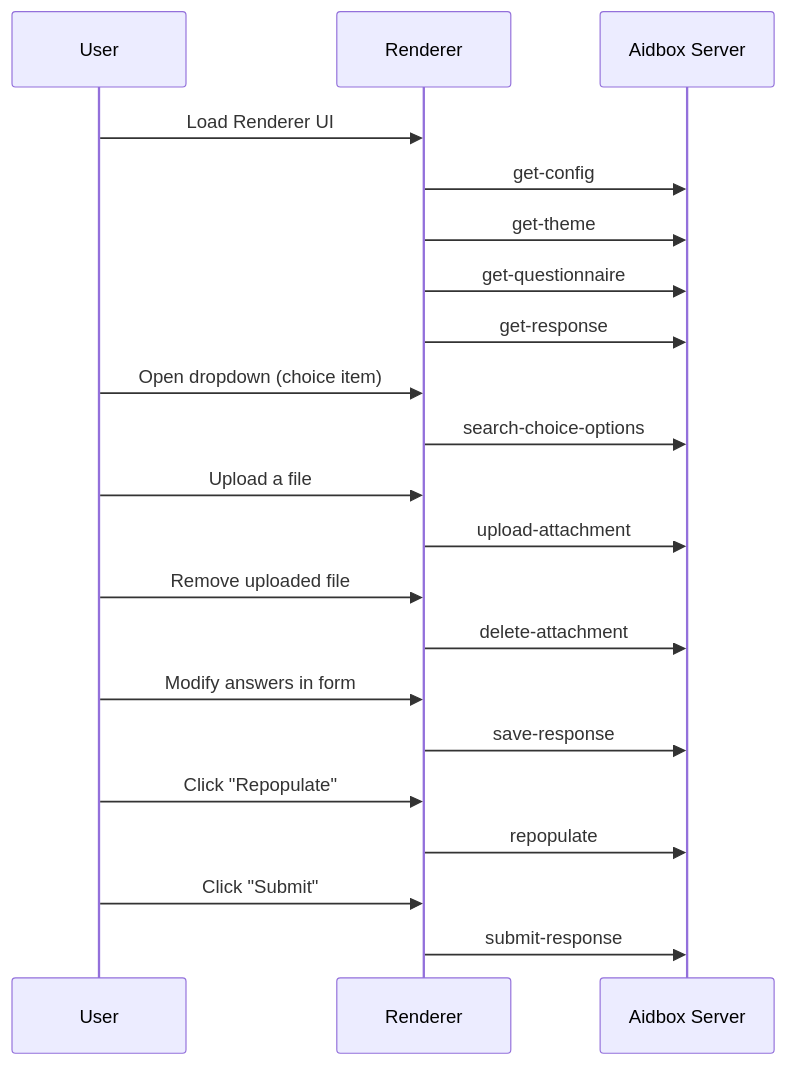
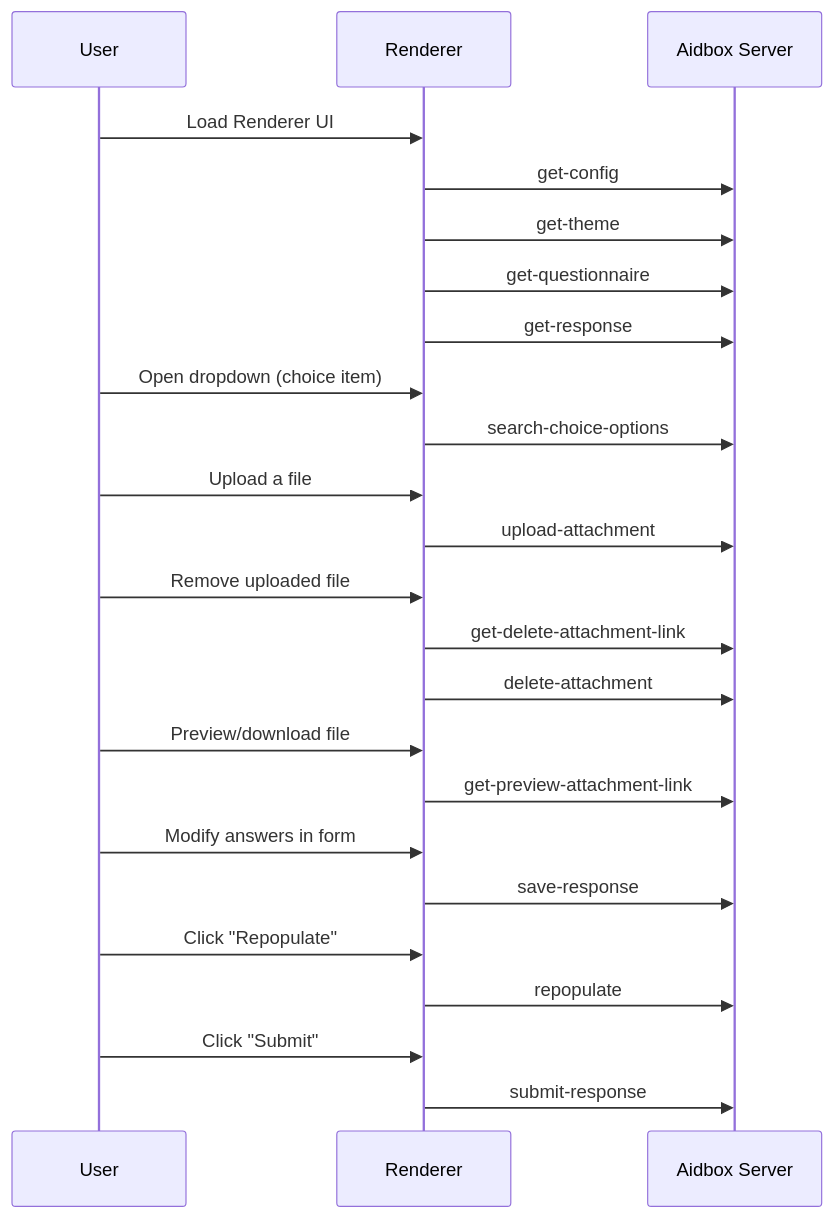
Before and after one commit to HealthSamurai/documentation: the second of 2 diagrams in docs/modules/aidbox-forms/aidbox-ui-builder-alpha/request-interception.md, drawn with Mermaid. The commit also changed other lines of this file, not shown here.

````diff
--- a/docs/modules/aidbox-forms/aidbox-ui-builder-alpha/request-interception.md
+++ b/docs/modules/aidbox-forms/aidbox-ui-builder-alpha/request-interception.md
@@ -984,34 +1030,38 @@
 ```mermaid
 sequenceDiagram
     participant User
     participant Renderer
     participant Aidbox Server
 
     %% Initialization
     User->>Renderer: Load Renderer UI
     Renderer->>Aidbox Server: get-config
     Renderer->>Aidbox Server: get-theme
     Renderer->>Aidbox Server: get-questionnaire
     Renderer->>Aidbox Server: get-response
 
     %% Form Interaction
     User->>Renderer: Open dropdown (choice item)
     Renderer->>Aidbox Server: search-choice-options
 
     User->>Renderer: Upload a file
     Renderer->>Aidbox Server: upload-attachment
 
     User->>Renderer: Remove uploaded file
+    Renderer->>Aidbox Server: get-delete-attachment-link
     Renderer->>Aidbox Server: delete-attachment
+    
+    User->>Renderer: Preview/download file
+    Renderer->>Aidbox Server: get-preview-attachment-link
 
     User->>Renderer: Modify answers in form
     Renderer->>Aidbox Server: save-response
 
     %% Context refresh
     User->>Renderer: Click "Repopulate"
     Renderer->>Aidbox Server: repopulate
 
     %% Finalization
     User->>Renderer: Click "Submit"
     Renderer->>Aidbox Server: submit-response
 ```
````
